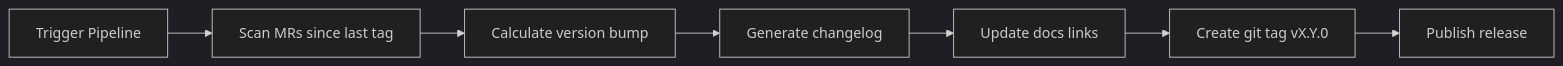
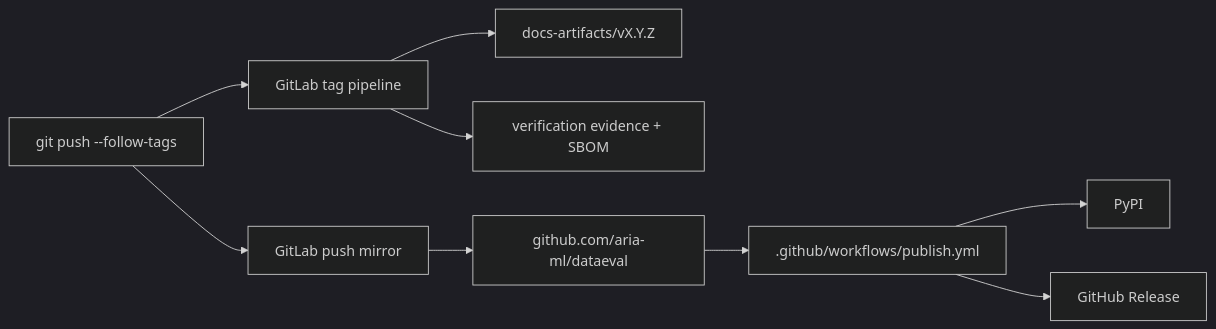
The first of 5 diagrams in BRANCHING.md (aria-ml/dataeval), drawn with Mermaid (dark theme) before and after one commit. The commit also changed other lines of this file, not shown here.

First line of the commit message:
[docs] Port BRANCHING.md release-doc fixes to release/v1.1

````diff
--- a/BRANCHING.md
+++ b/BRANCHING.md
@@ -67,9 +76,11 @@
 ```mermaid
 graph LR
-    A[Trigger Pipeline] --> B[Scan MRs since last tag]
-    B --> C[Calculate version bump]
-    C --> D[Generate changelog]
-    D --> E[Update docs links]
-    E --> F[Create git tag vX.Y.0]
-    F --> G[Publish release]
+    A[git push --follow-tags] --> B[GitLab tag pipeline]
+    B --> C[docs-artifacts/vX.Y.Z]
+    B --> D[verification evidence + SBOM]
+    A --> E[GitLab push mirror]
+    E --> F[github.com/aria-ml/dataeval]
+    F --> G[".github/workflows/publish.yml"]
+    G --> H[PyPI]
+    G --> I[GitHub Release]
 ```
````
